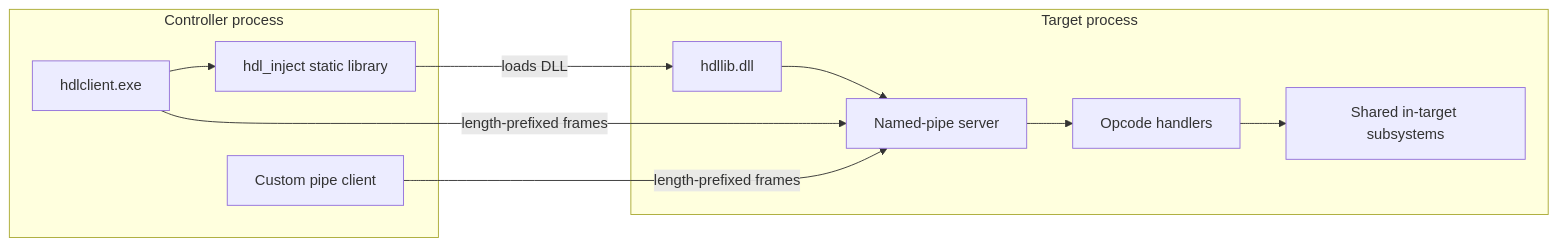
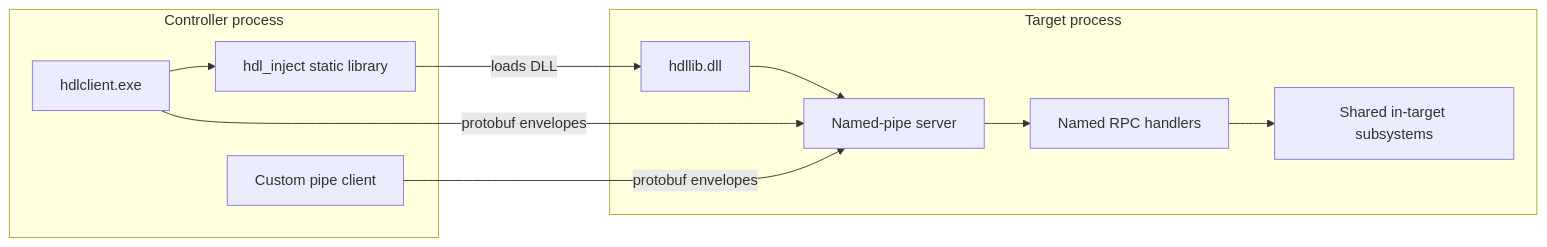
One commit to random-things/hdllib-ng changed the diagram in docs/README.md. Above: the diagram before and after it, drawn with Mermaid. The commit also changed other lines of this file and 71 other files, not shown here.

First line of the commit message:
feat(rpc): add protocol-driven RPC runtime and client support (#17)

````diff
--- a/docs/README.md
+++ b/docs/README.md
@@ -32,23 +32,23 @@
 ```mermaid
 flowchart LR
     subgraph Controller["Controller process"]
         Client["hdlclient.exe"]
         Custom["Custom pipe client"]
         Injector["hdl_inject static library"]
         Client --> Injector
     end
 
     subgraph Target["Target process"]
         DLL["hdllib.dll"]
         IPC["Named-pipe server"]
-        Handlers["Opcode handlers"]
+        Handlers["Named RPC handlers"]
         Core["Shared in-target subsystems"]
         DLL --> IPC
         IPC --> Handlers
         Handlers --> Core
     end
 
     Injector -- "loads DLL" --> DLL
-    Client -- "length-prefixed frames" --> IPC
-    Custom -- "length-prefixed frames" --> IPC
+    Client -- "protobuf envelopes" --> IPC
+    Custom -- "protobuf envelopes" --> IPC
 ```
````
